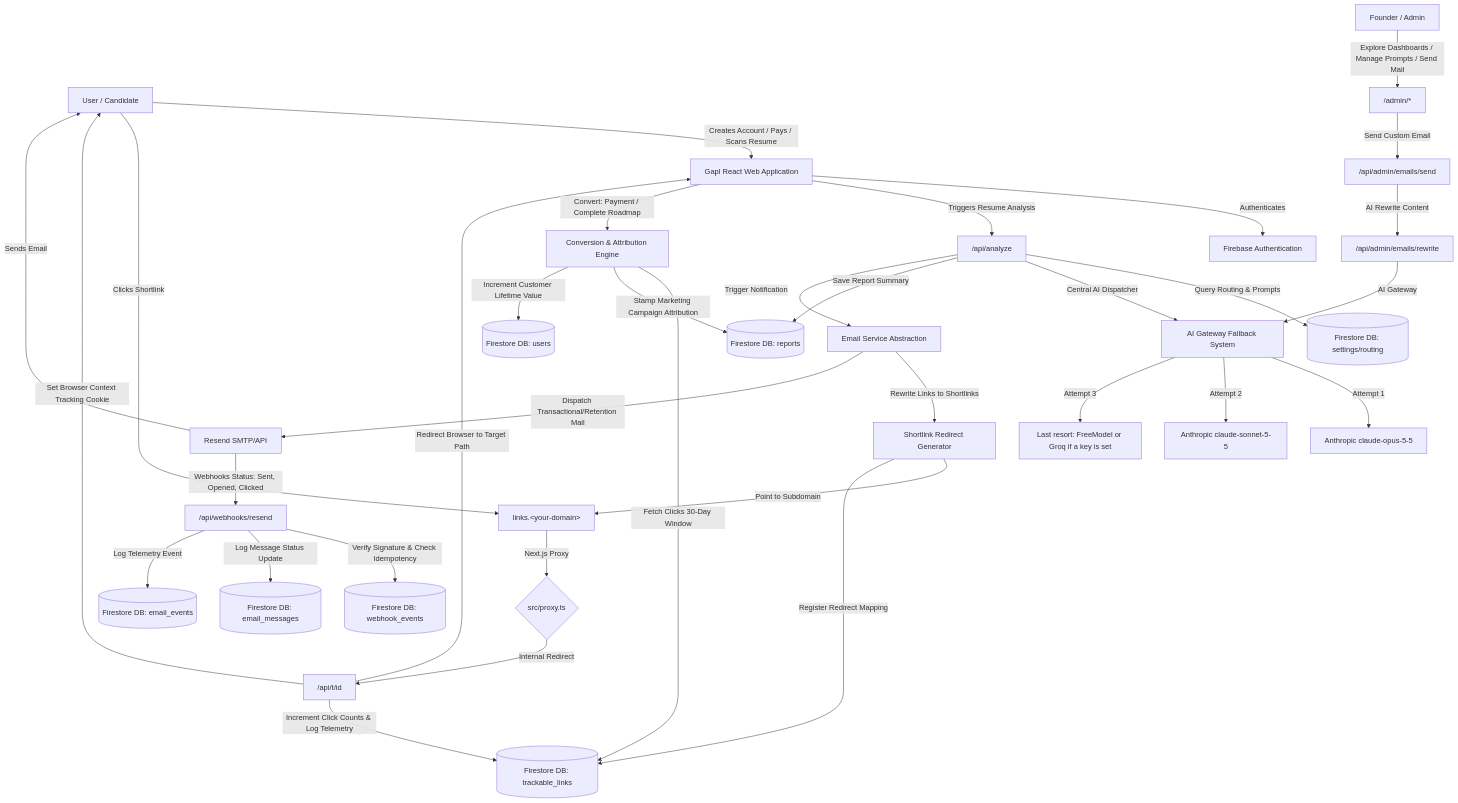
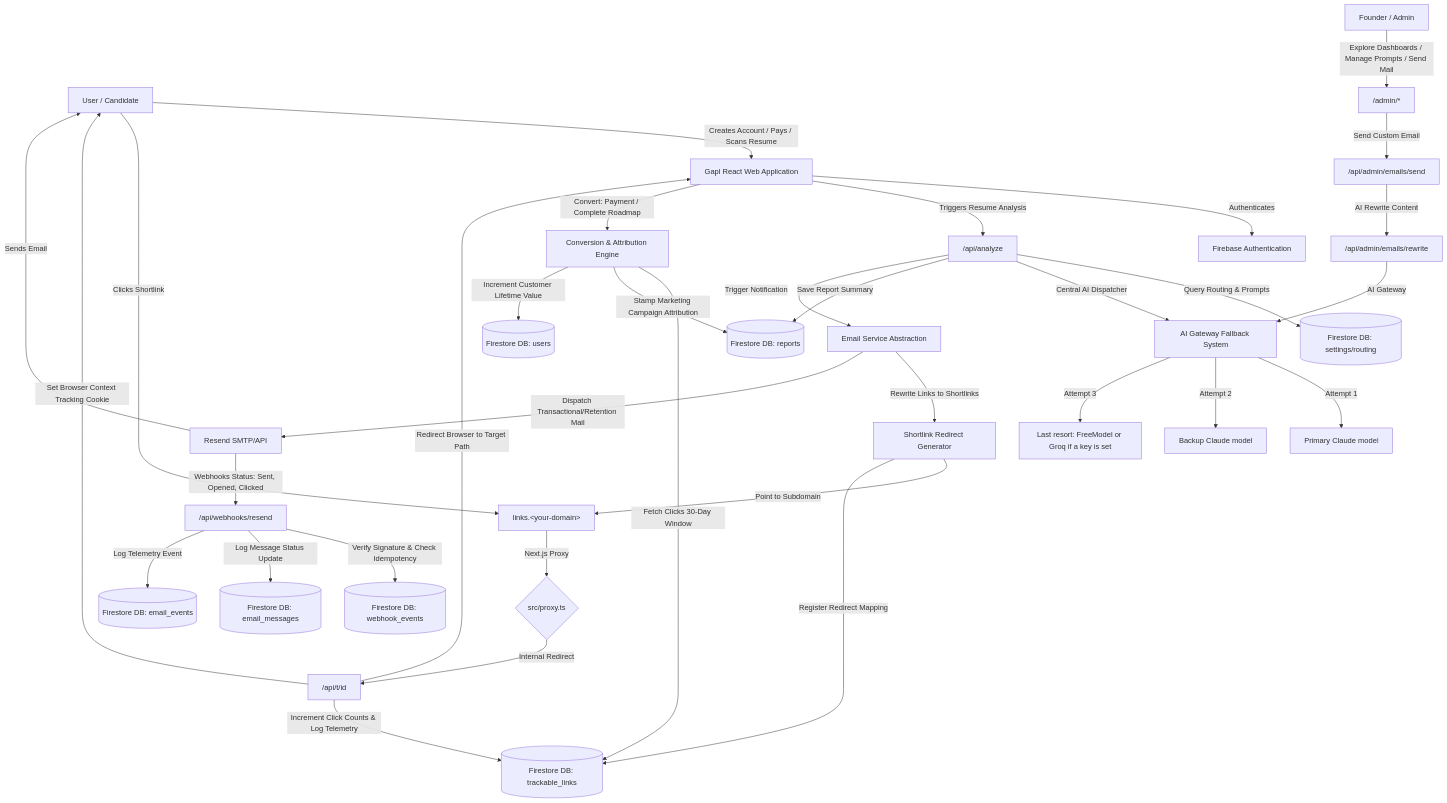
One commit to latharrr/gapl changed the diagram in README.md. Above: the diagram before and after it, drawn with Mermaid. The commit also changed other lines of this file, not shown here.

Commit message:
docs: README AI section describes the gateway without naming a live provider

````diff
--- a/README.md
+++ b/README.md
@@ -54,45 +54,45 @@
 ```mermaid
 graph TD
   User[User / Candidate] -->|Creates Account / Pays / Scans Resume| App[Gapl React Web Application]
   App -->|Authenticates| Firebase_Auth[Firebase Authentication]
   App -->|Triggers Resume Analysis| API_Analyze["/api/analyze"]
   
   API_Analyze -->|Query Routing & Prompts| Firestore[(Firestore DB: settings/routing)]
   API_Analyze -->|Central AI Dispatcher| AI_Gateway[AI Gateway Fallback System]
-  AI_Gateway -->|Attempt 1| Preferred[Anthropic claude-opus-5-5]
-  AI_Gateway -->|Attempt 2| OpenAI[Anthropic claude-sonnet-5-5]
+  AI_Gateway -->|Attempt 1| Preferred[Primary Claude model]
+  AI_Gateway -->|Attempt 2| OpenAI[Backup Claude model]
   AI_Gateway -->|Attempt 3| Anthropic[Last resort: FreeModel or Groq if a key is set]
 
   
   API_Analyze -->|Save Report Summary| Reports_Db[(Firestore DB: reports)]
   API_Analyze -->|Trigger Notification| Email_Service[Email Service Abstraction]
   
   Email_Service -->|Rewrite Links to Shortlinks| Link_Tracker[Shortlink Redirect Generator]
   Link_Tracker -->|Point to Subdomain| Links_Domain["links.&lt;your-domain&gt;"]
   Link_Tracker -->|Register Redirect Mapping| Trackable_Links[(Firestore DB: trackable_links)]
   
   Email_Service -->|Dispatch Transactional/Retention Mail| Resend_API[Resend SMTP/API]
   Resend_API -->|Sends Email| User
   
   User -->|Clicks Shortlink| Links_Domain
   Links_Domain -->|Next.js Proxy| Proxy_Rewrite{"src/proxy.ts"}
   Proxy_Rewrite -->|Internal Redirect| Redirect_API["/api/t/id"]
   Redirect_API -->|Increment Click Counts & Log Telemetry| Trackable_Links
   Redirect_API -->|Set Browser Context Tracking Cookie| User
   Redirect_API -->|Redirect Browser to Target Path| App
   
   Resend_API -->|Webhooks Status: Sent, Opened, Clicked| Webhook_API["/api/webhooks/resend"]
   Webhook_API -->|Verify Signature & Check Idempotency| Webhook_Events[(Firestore DB: webhook_events)]
   Webhook_API -->|Log Message Status Update| Email_Messages[(Firestore DB: email_messages)]
   Webhook_API -->|Log Telemetry Event| Email_Events[(Firestore DB: email_events)]
   
   App -->|Convert: Payment / Complete Roadmap| Conversion_Engine[Conversion & Attribution Engine]
   Conversion_Engine -->|Fetch Clicks 30-Day Window| Trackable_Links
   Conversion_Engine -->|Stamp Marketing Campaign Attribution| Reports_Db
   Conversion_Engine -->|Increment Customer Lifetime Value| Users_Db[(Firestore DB: users)]
   
   Founder[Founder / Admin] -->|Explore Dashboards / Manage Prompts / Send Mail| Admin_Panel["/admin/*"]
   Admin_Panel -->|Send Custom Email| Admin_Send_API["/api/admin/emails/send"]
   Admin_Send_API -->|AI Rewrite Content| Admin_Rewrite_API["/api/admin/emails/rewrite"]
   Admin_Rewrite_API -->|AI Gateway| AI_Gateway
 ```
````
